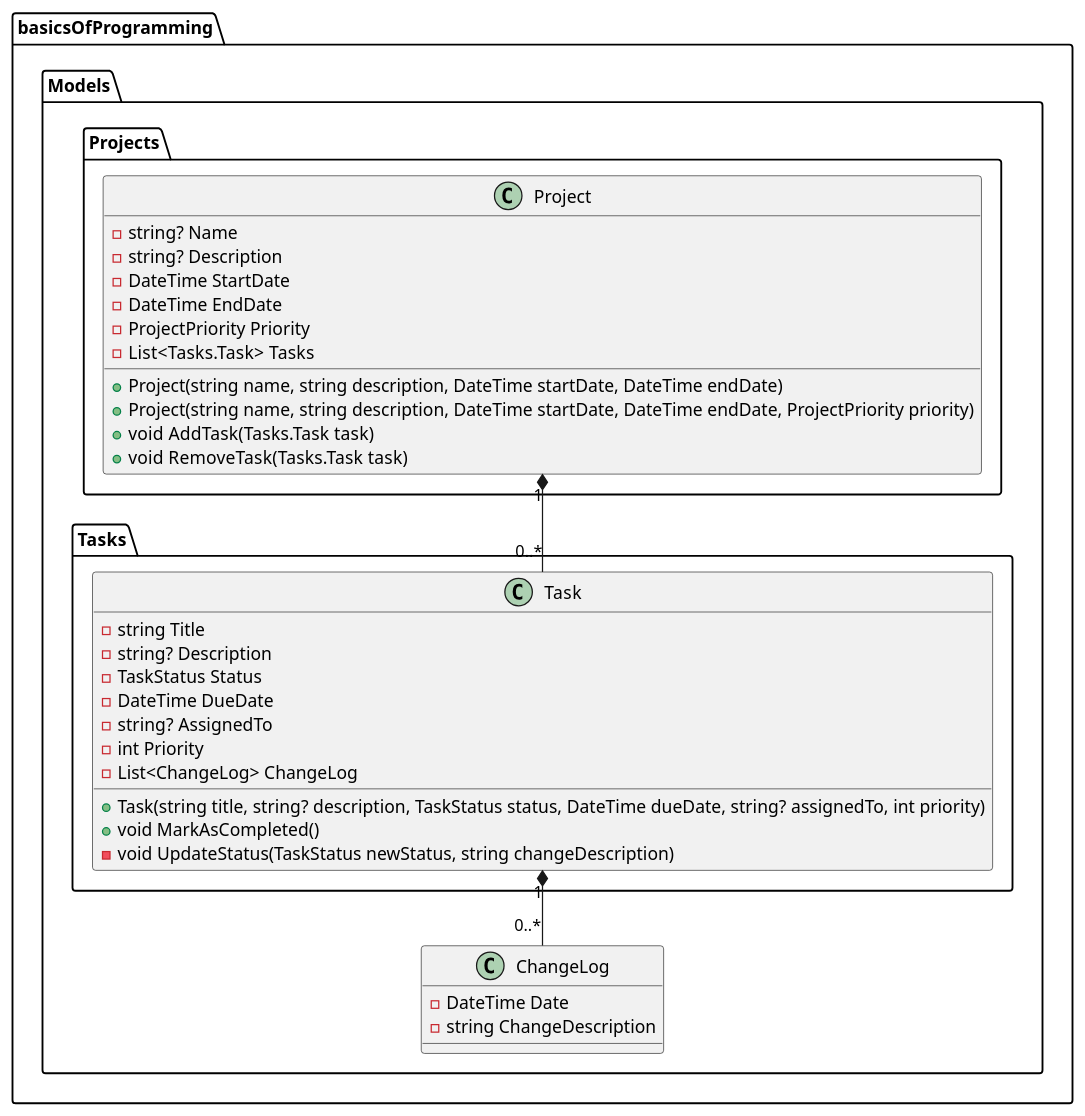
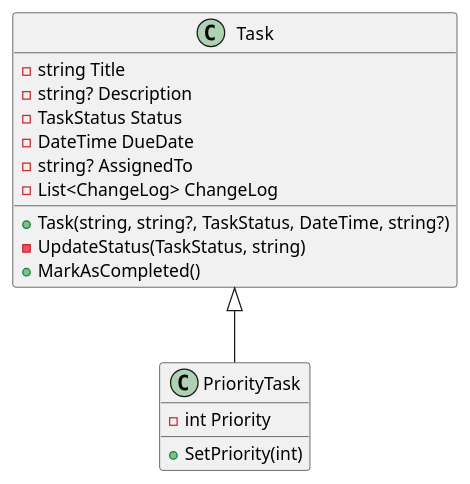
The diagram in diagram.puml (EYadroshnikov/basics-of-programming), drawn with PlantUML before and after one commit. The commit also changed 13 other files, not shown here.

```diff
--- a/diagram.puml
+++ b/diagram.puml
@@ -1,45 +1,22 @@
 @startuml
 
-namespace basicsOfProgramming.Models.Projects {
-    class Project {
-        - string? Name
-        - string? Description
-        - DateTime StartDate
-        - DateTime EndDate
-        - ProjectPriority Priority
-        - List<Tasks.Task> Tasks
-
-        + Project(string name, string description, DateTime startDate, DateTime endDate)
-        + Project(string name, string description, DateTime startDate, DateTime endDate, ProjectPriority priority)
-        + void AddTask(Tasks.Task task)
-        + void RemoveTask(Tasks.Task task)
-    }
+class Task {
+  - string Title
+  - string? Description
+  - TaskStatus Status
+  - DateTime DueDate
+  - string? AssignedTo
+  - List<ChangeLog> ChangeLog
+  + Task(string, string?, TaskStatus, DateTime, string?)
+  - UpdateStatus(TaskStatus, string)
+  + MarkAsCompleted()
 }
 
-namespace basicsOfProgramming.Models.Tasks {
-    class Task {
-        - string Title
-        - string? Description
-        - TaskStatus Status
-        - DateTime DueDate
-        - string? AssignedTo
-        - int Priority
-        - List<ChangeLog> ChangeLog
-
-        + Task(string title, string? description, TaskStatus status, DateTime dueDate, string? assignedTo, int priority)
-        + void MarkAsCompleted()
-        - void UpdateStatus(TaskStatus newStatus, string changeDescription)
-    }
+class PriorityTask {
+  - int Priority
+  + SetPriority(int)
 }
 
-namespace basicsOfProgramming.Models {
-    class ChangeLog {
-        - DateTime Date
-        - string ChangeDescription
-    }
-}
-
-basicsOfProgramming.Models.Projects.Project "1" *-- "0..*" basicsOfProgramming.Models.Tasks.Task
-basicsOfProgramming.Models.Tasks.Task "1" *-- "0..*" basicsOfProgramming.Models.ChangeLog
+Task <|-- PriorityTask
 
 @enduml
```
